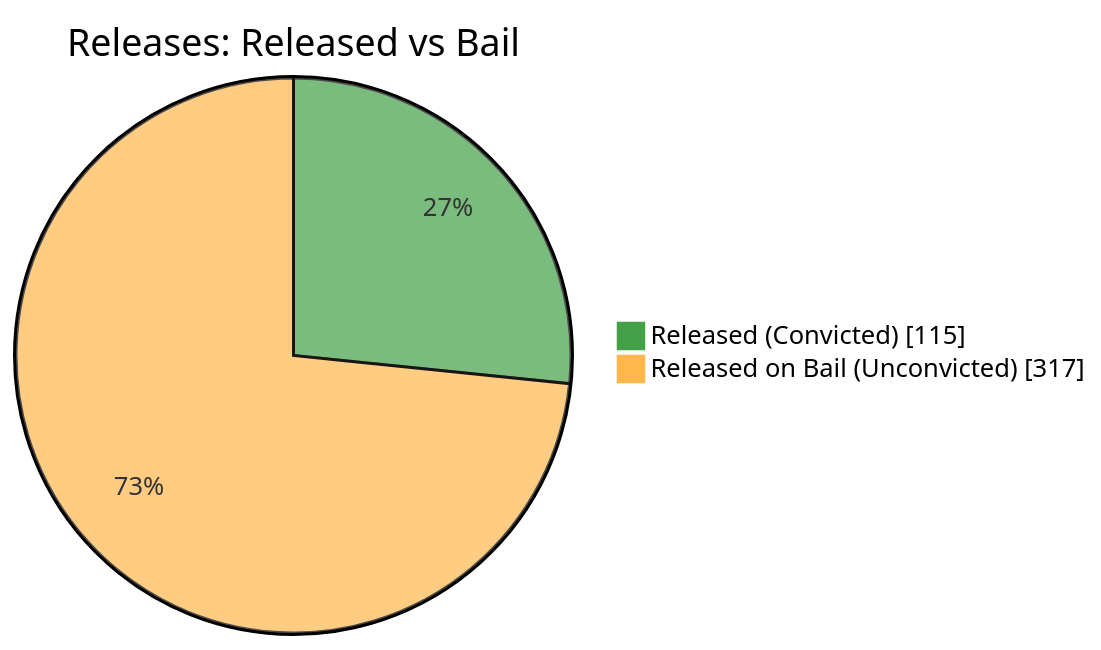
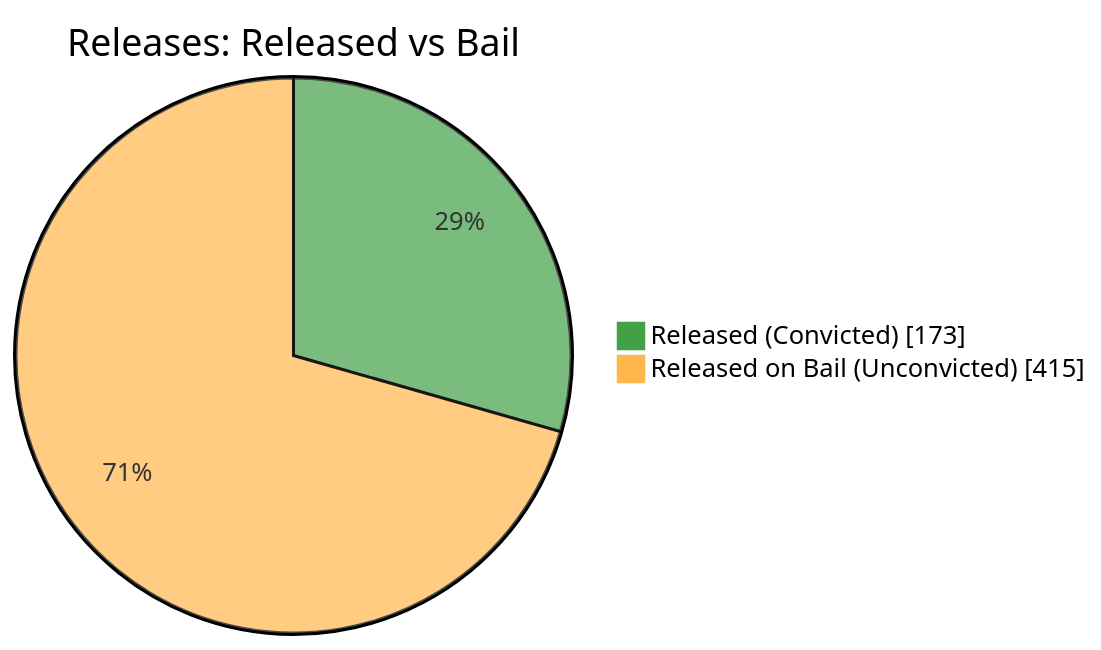
The fifth of 7 diagrams in README.md (nuuuwan/lk_prisons), drawn with Mermaid before and after one commit. The commit also changed other lines of this file and 1 other file, not shown here.

````diff
--- a/README.md
+++ b/README.md
@@ -87,6 +87,6 @@
 ```mermaid
 %%{init: {'themeVariables': {'pie1': '#43A047', 'pie2': '#FFB74D'}}}%%
 pie showData title Releases: Released vs Bail
-    "Released (Convicted)" : 115
-    "Released on Bail (Unconvicted)" : 317
+    "Released (Convicted)" : 173
+    "Released on Bail (Unconvicted)" : 415
 ```
````
